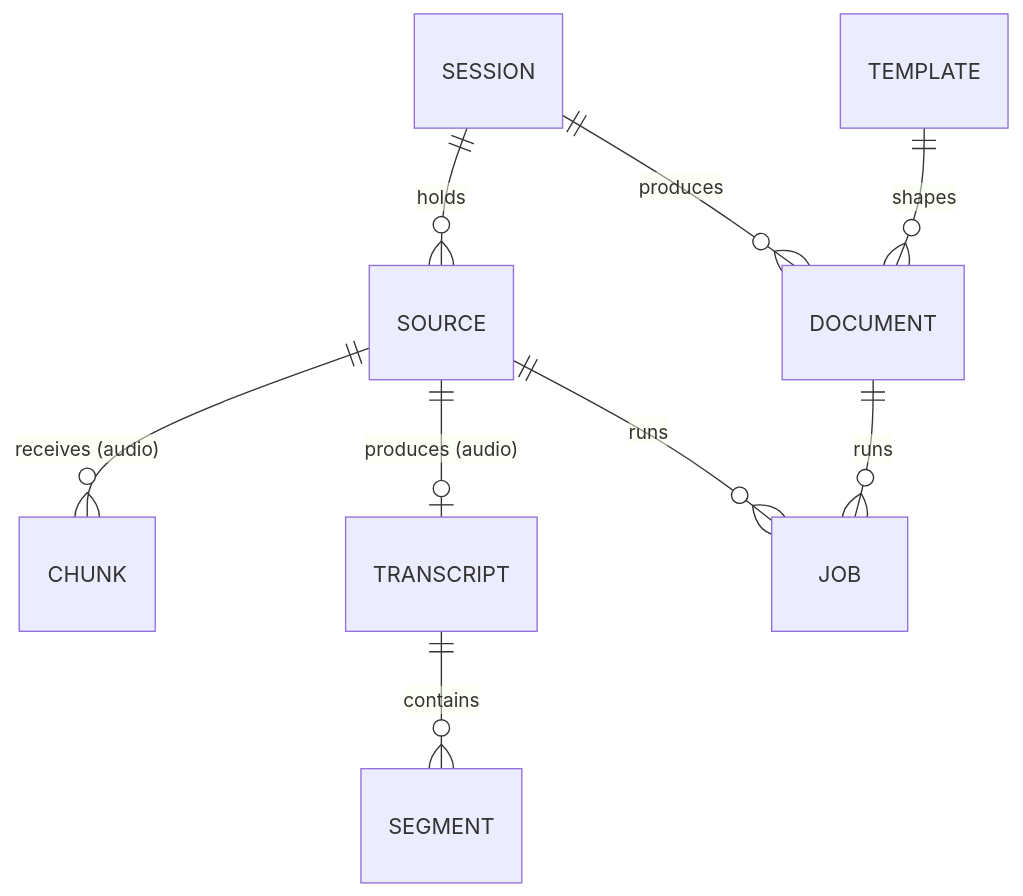
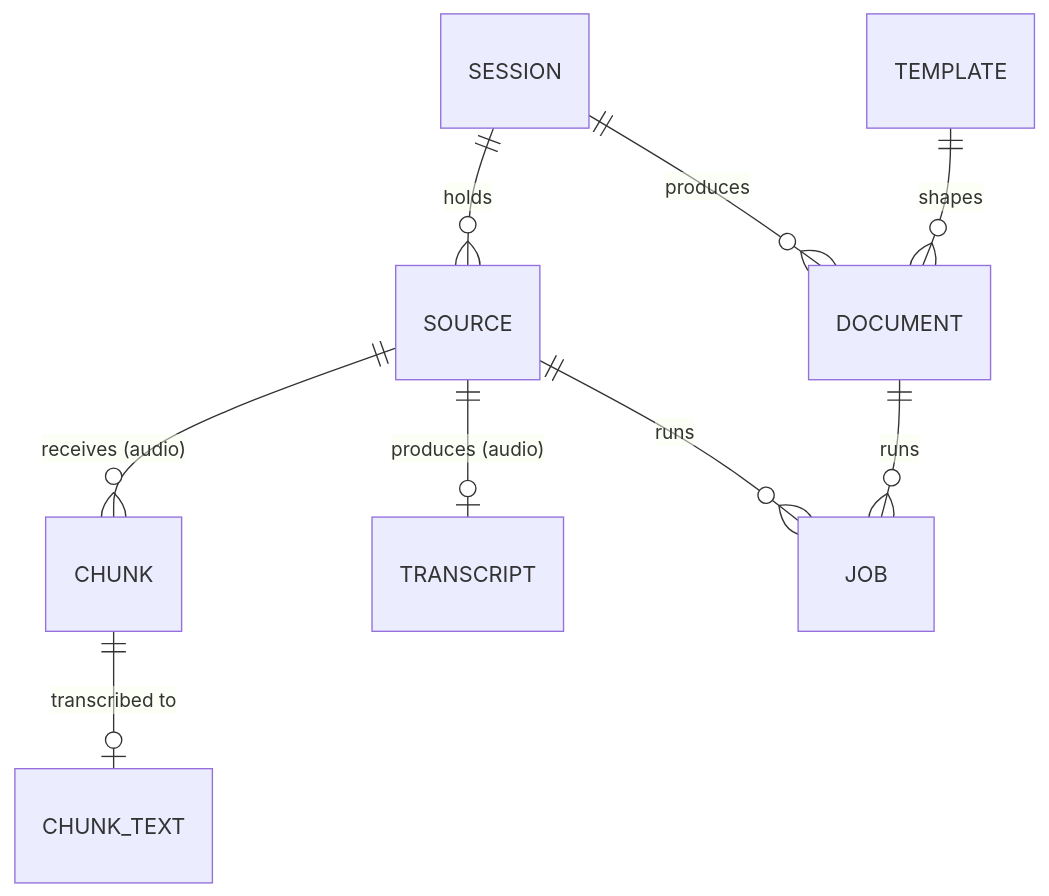
One commit to eka-care/scribeexchangeprotocol changed the second of 2 diagrams in spec/02-architecture.md. Above: the diagram before and after it, drawn with Mermaid. The commit also changed other lines of this file and 27 other files, not shown here.

````diff
--- a/spec/02-architecture.md
+++ b/spec/02-architecture.md
@@ -64,11 +67,11 @@
 ```mermaid
 erDiagram
   SESSION ||--o{ SOURCE : holds
   SOURCE ||--o{ CHUNK : "receives (audio)"
+  CHUNK ||--o| CHUNK_TEXT : "transcribed to"
   SOURCE ||--o| TRANSCRIPT : "produces (audio)"
-  TRANSCRIPT ||--o{ SEGMENT : contains
   SESSION ||--o{ DOCUMENT : produces
   TEMPLATE ||--o{ DOCUMENT : shapes
   SOURCE ||--o{ JOB : runs
   DOCUMENT ||--o{ JOB : runs
 ```
````
